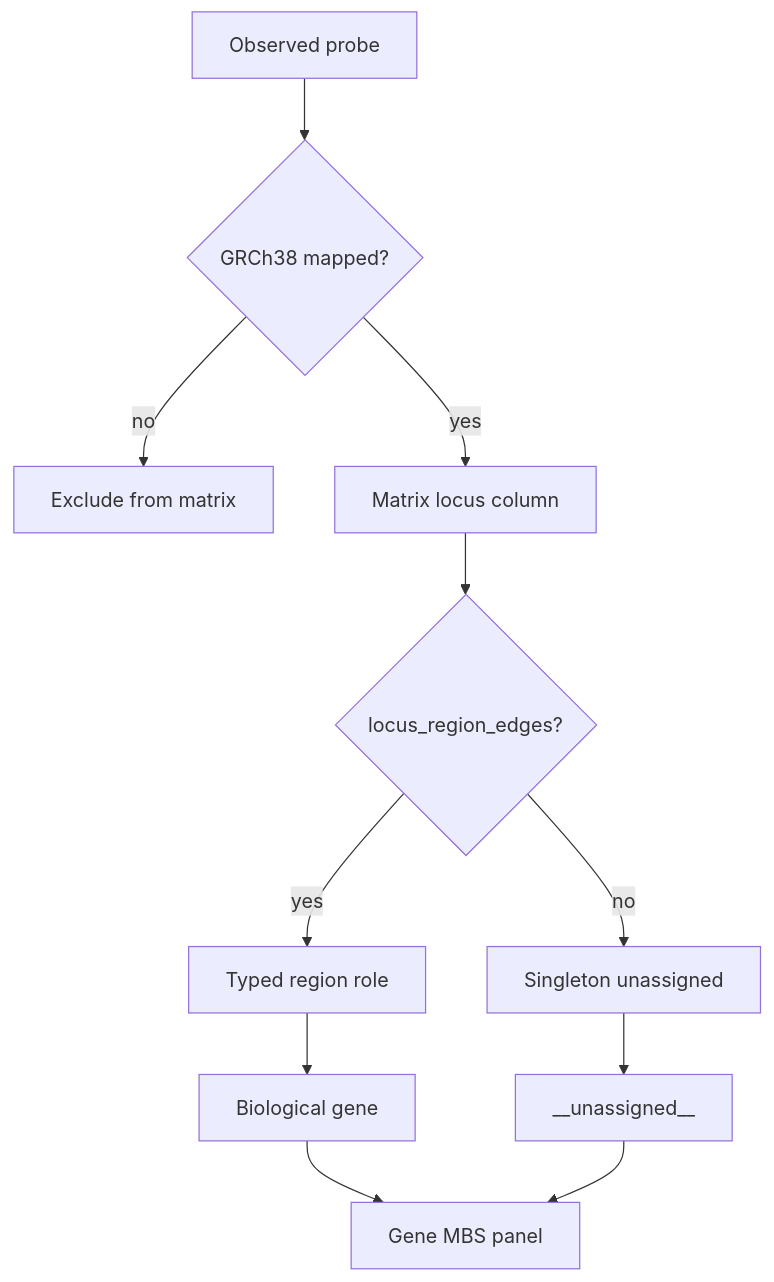
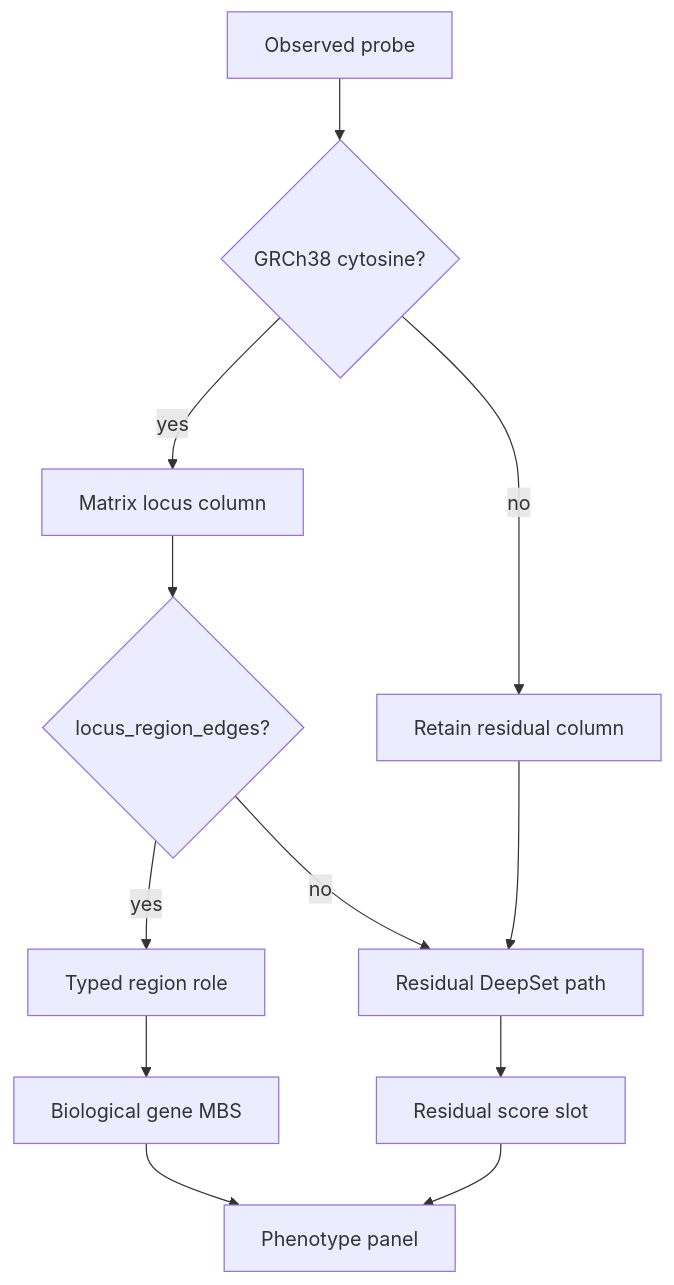
Before and after one commit to mityasmirnov/methyl-burden-score: the third of 4 diagrams in docs/SCORING_PIPELINE.md, drawn with Mermaid. The commit also changed other lines of this file and 28 other files, not shown here.

First line of the commit message:
feat(6): retain unmapped loci on a residual hierarchical path

````diff
--- a/docs/SCORING_PIPELINE.md
+++ b/docs/SCORING_PIPELINE.md
@@ -92,13 +94,14 @@
 ```mermaid
 flowchart TD
-  Probe["Observed probe"] --> Mapped{"GRCh38 mapped?"}
-  Mapped -->|no| Drop["Exclude from matrix"]
-  Mapped -->|yes| Locus["Matrix locus column"]
+  Probe["Observed probe"] --> Illumina{"GRCh38 cytosine?"}
+  Illumina -->|no| ResidualCol["Retain residual column"]
+  Illumina -->|yes| Locus["Matrix locus column"]
   Locus --> Edge{"locus_region_edges?"}
   Edge -->|yes| Typed["Typed region role"]
-  Typed --> Gene["Biological gene"]
-  Edge -->|no| Single["Singleton unassigned"]
-  Single --> Orphan["__unassigned__"]
-  Gene --> Panel["Gene MBS panel"]
-  Orphan --> Panel
+  Typed --> Gene["Biological gene MBS"]
+  Edge -->|no| ResidualPath["Residual DeepSet path"]
+  ResidualCol --> ResidualPath
+  ResidualPath --> ResSlot["Residual score slot"]
+  Gene --> Panel["Phenotype panel"]
+  ResSlot --> Panel
 ```
````
